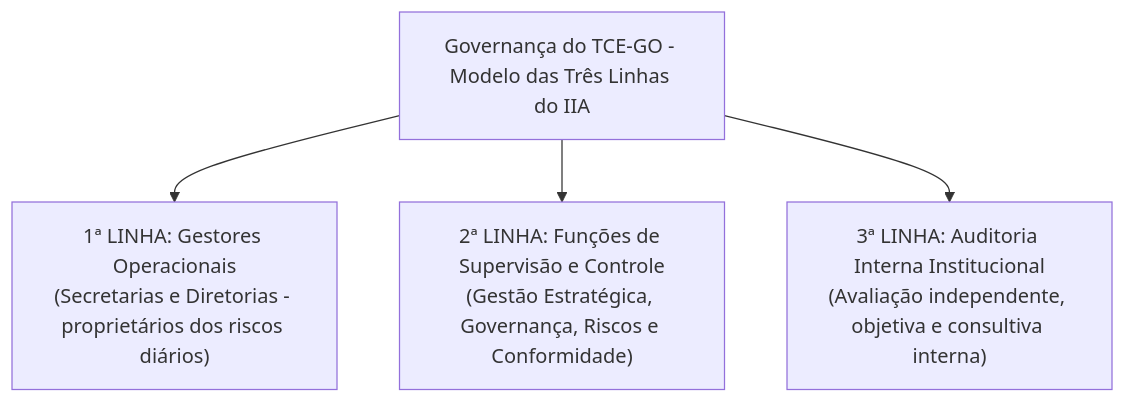
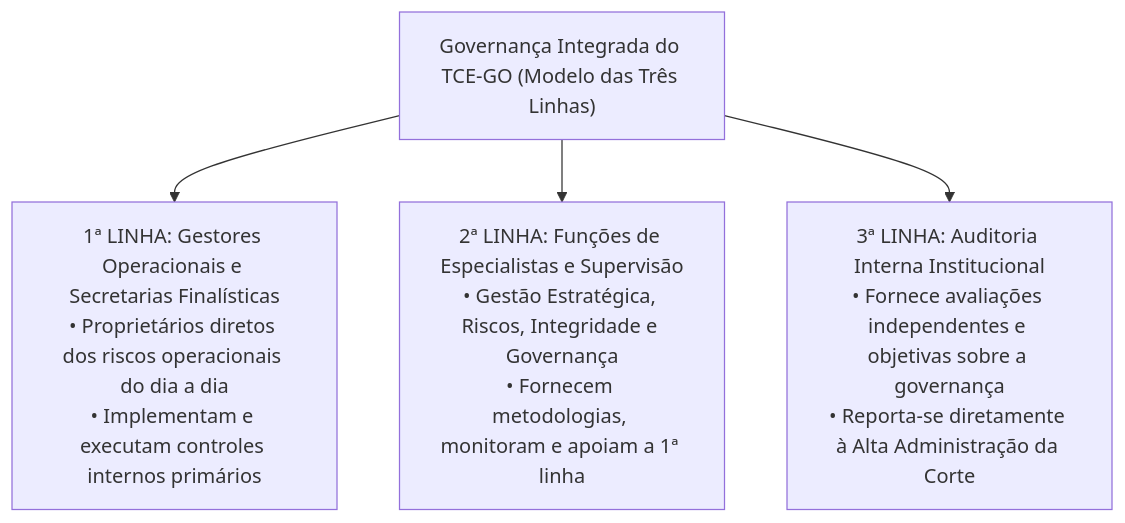
The second of 2 diagrams in fontes_de_estudo/conhecimentos_gerais/03_legislacao_institucional/06_politicas_institucionais_e_resolucoes_normativas.md (thiagosantos346/TCE-GO-2027), drawn with Mermaid before and after one commit. The commit also changed other lines of this file and 119 other files, not shown here.

````diff
--- a/fontes_de_estudo/conhecimentos_gerais/03_legislacao_institucional/06_politicas_institucionais_e_resolucoes_normativas.md
+++ b/fontes_de_estudo/conhecimentos_gerais/03_legislacao_institucional/06_politicas_institucionais_e_resolucoes_normativas.md
@@ -154,8 +210,8 @@
 ```mermaid
 graph TD
-    Gov[Governança do TCE-GO - Modelo das Três Linhas do IIA]
+    Gov["Governança Integrada do TCE-GO (Modelo das Três Linhas)"]
     
-    Gov --> L1["1ª LINHA: Gestores Operacionais<br/>(Secretarias e Diretorias - proprietários dos riscos diários)"]
-    Gov --> L2["2ª LINHA: Funções de Supervisão e Controle<br/>(Gestão Estratégica, Governança, Riscos e Conformidade)"]
-    Gov --> L3["3ª LINHA: Auditoria Interna Institucional<br/>(Avaliação independente, objetiva e consultiva interna)"]
+    Gov --> L1["1ª LINHA: Gestores Operacionais e Secretarias Finalísticas<br/>• Proprietários diretos dos riscos operacionais do dia a dia<br/>• Implementam e executam controles internos primários"]
+    Gov --> L2["2ª LINHA: Funções de Especialistas e Supervisão<br/>• Gestão Estratégica, Riscos, Integridade e Governança<br/>• Fornecem metodologias, monitoram e apoiam a 1ª linha"]
+    Gov --> L3["3ª LINHA: Auditoria Interna Institucional<br/>• Fornece avaliações independentes e objetivas sobre a governança<br/>• Reporta-se diretamente à Alta Administração da Corte"]
 ```
````
